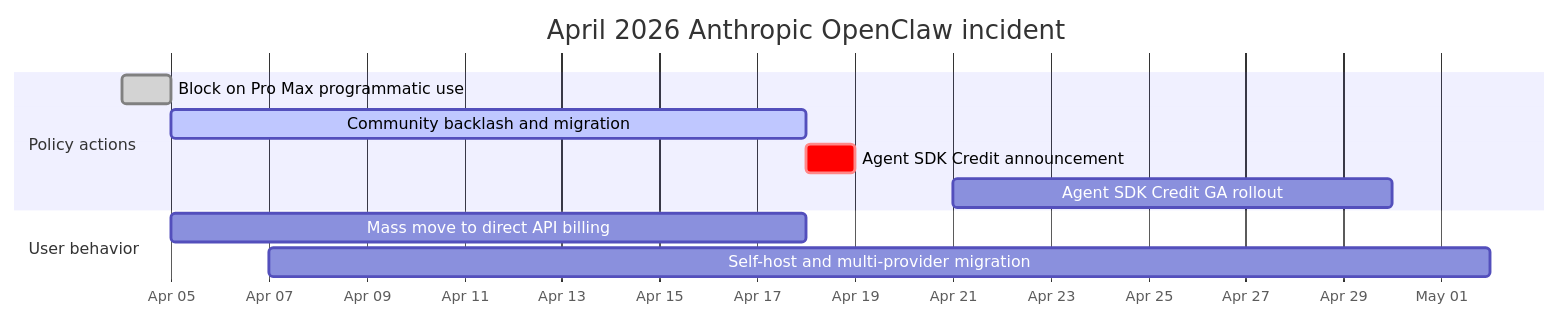
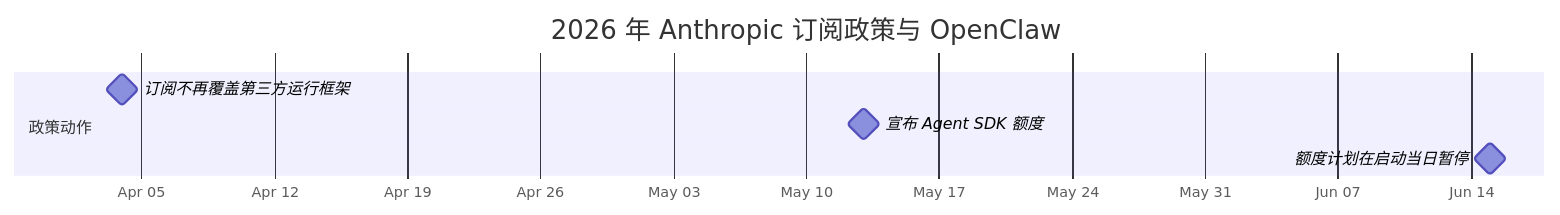
Before and after one commit to ChiHoc/ai-system-design-guide-zh: the diagram in 17-tool-use-and-computer-agents/03-openclaw-deep-dive.md, drawn with Mermaid. The commit also changed other lines of this file and 149 other files, not shown here.

````diff
--- a/17-tool-use-and-computer-agents/03-openclaw-deep-dive.md
+++ b/17-tool-use-and-computer-agents/03-openclaw-deep-dive.md
@@ -779,14 +772,10 @@
 ```mermaid
 gantt
-    title April 2026 Anthropic OpenClaw incident
+    title 2026 年 Anthropic 订阅政策与 OpenClaw
     dateFormat  YYYY-MM-DD
     axisFormat  %b %d
-    section Policy actions
-    Block on Pro Max programmatic use      :done, a1, 2026-04-04, 1d
-    Community backlash and migration       :active, a2, 2026-04-05, 13d
-    Agent SDK Credit announcement          :crit, a3, 2026-04-18, 1d
-    Agent SDK Credit GA rollout            :a4, 2026-04-21, 9d
-    section User behavior
-    Mass move to direct API billing        :b1, 2026-04-05, 13d
-    Self-host and multi-provider migration :b2, 2026-04-07, 25d
+    section 政策动作
+    订阅不再覆盖第三方运行框架 :milestone, a1, 2026-04-04, 0d
+    宣布 Agent SDK 额度        :milestone, a2, 2026-05-13, 0d
+    额度计划在启动当日暂停      :milestone, a3, 2026-06-15, 0d
 ```
````
